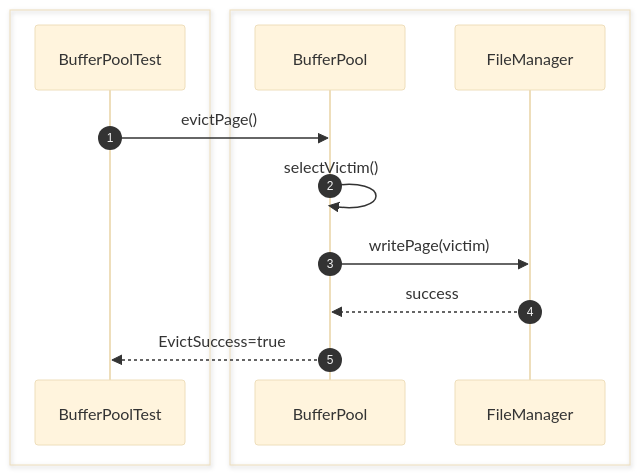
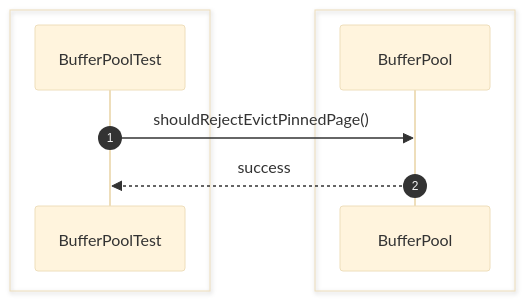
The sixth of 44 diagrams in src/sequence/storage-engine.md (Huy1801214/dbms-architecture), drawn with Mermaid (base theme) before and after one commit. The commit also changed other lines of this file and 68 other files, not shown here.

Commit message:
implement comprehensive unit test suite and architectural sequence documentation

````diff
--- a/src/sequence/storage-engine.md
+++ b/src/sequence/storage-engine.md
@@ -96,18 +81,13 @@
 ```mermaid
 sequenceDiagram
     autonumber
-
     box #e1f5fe Test Suite
     participant Test as BufferPoolTest
     end
-    box #e0f2f1 Storage Components
-    participant Buffer as BufferPool
-    participant FileManager as FileManager
+    box #e0f2f1 BufferPool Component
+    participant BP as BufferPool
     end
 
-    Test->>Buffer: evictPage()
-    Buffer->>Buffer: selectVictim()
-    Buffer->>FileManager: writePage(victim)
-    FileManager-->>Buffer: success
-    Buffer-->>Test: EvictSuccess=true
+    Test->>BP: shouldRejectEvictPinnedPage()
+    BP-->>Test: success
 ```
````
